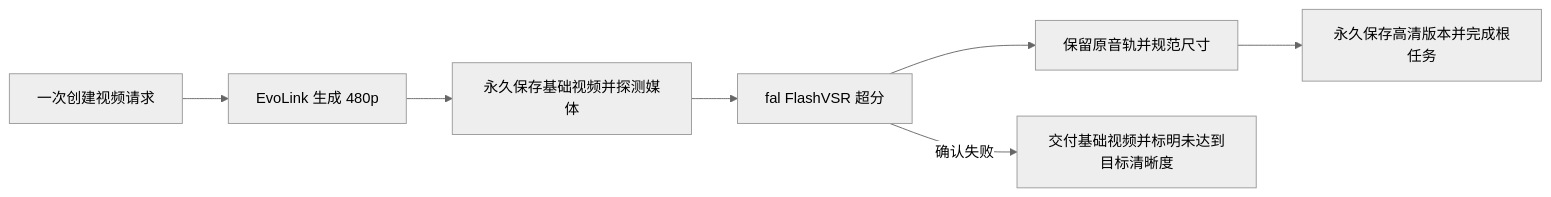
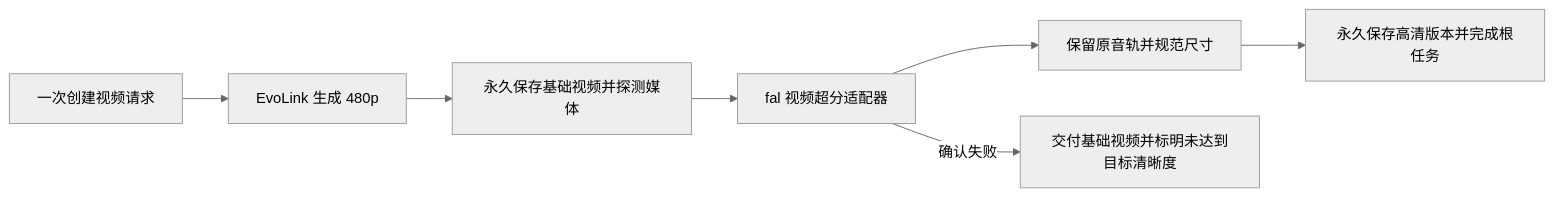
Before and after one commit to vegekyd-sys/ai-image-editor: the diagram in docs/architecture/video-upscale-pipeline.md, drawn with Mermaid (neutral theme). The commit also changed other lines of this file and 3 other files, not shown here.

````diff
--- a/docs/architecture/video-upscale-pipeline.md
+++ b/docs/architecture/video-upscale-pipeline.md
@@ -44,9 +44,9 @@
 ```mermaid
 flowchart LR
   A[一次创建视频请求] --> B[EvoLink 生成 480p]
   B --> C[永久保存基础视频并探测媒体]
-  C --> D[fal FlashVSR 超分]
+  C --> D[fal 视频超分适配器]
   D --> E[保留原音轨并规范尺寸]
   E --> F[永久保存高清版本并完成根任务]
   D -->|确认失败| G[交付基础视频并标明未达到目标清晰度]
 ```
````
